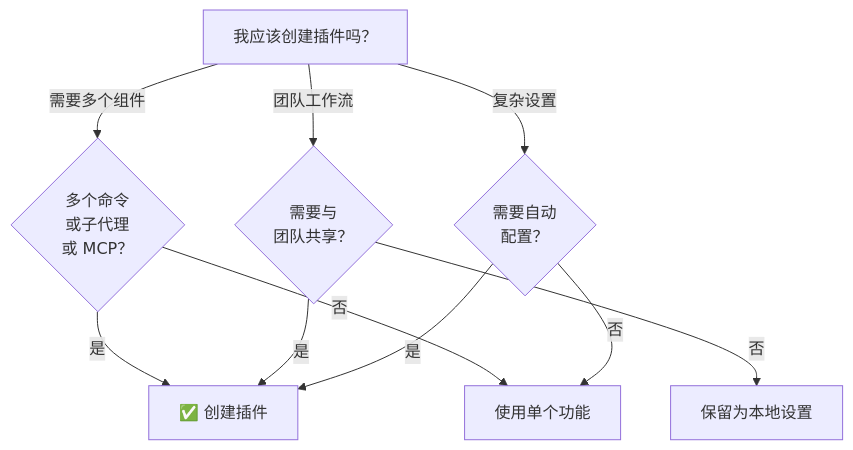
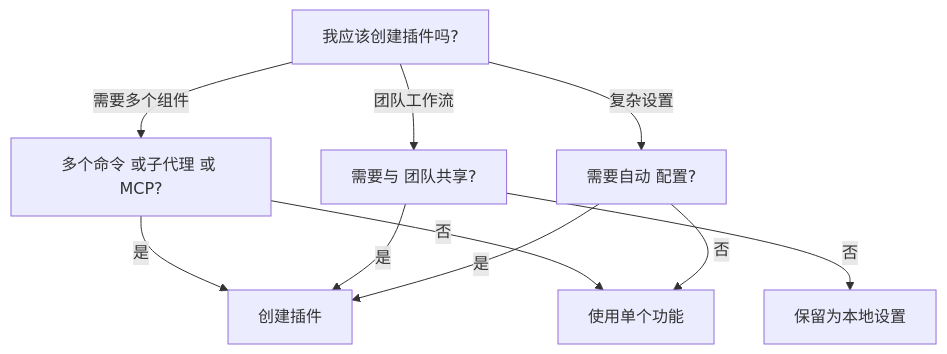
Before and after one commit to Rx782-Fss/claude-howto-zh: diagram 26 of 31 in claude-howto-zh/claude_concepts_guide.md, drawn with Mermaid. The commit also changed other lines of this file and 8 other files, not shown here.

First line of the commit message:
fix: 清除所有 Mermaid 内的 GitHub 不兼容内容

````diff
--- a/claude-howto-zh/claude_concepts_guide.md
+++ b/claude-howto-zh/claude_concepts_guide.md
@@ -2483,13 +2483,13 @@
 ```mermaid
 graph TD
-    A["我应该创建插件吗？"]
-    A -->|需要多个组件| B{"多个命令<br/>或子代理<br/>或 MCP？"}
-    B -->|是| C["✅ 创建插件"]
+    A["我应该创建插件吗?"]
+    A -->|需要多个组件| B["多个命令 或子代理 或 MCP?"]
+    B -->|是| C[" 创建插件"]
     B -->|否| D["使用单个功能"]
-    A -->|团队工作流| E{"需要与<br/>团队共享？"}
+    A -->|团队工作流| E["需要与 团队共享?"]
     E -->|是| C
     E -->|否| F["保留为本地设置"]
-    A -->|复杂设置| G{"需要自动<br/>配置？"}
+    A -->|复杂设置| G["需要自动 配置?"]
     G -->|是| C
     G -->|否| D
 ```
````
